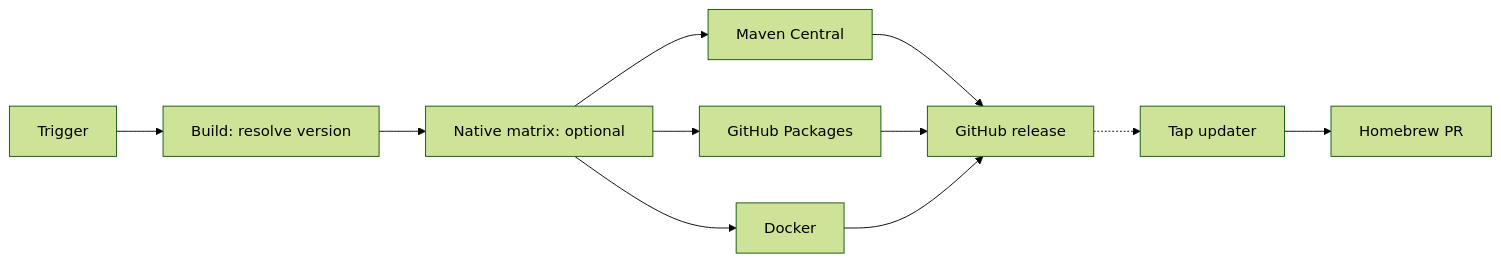
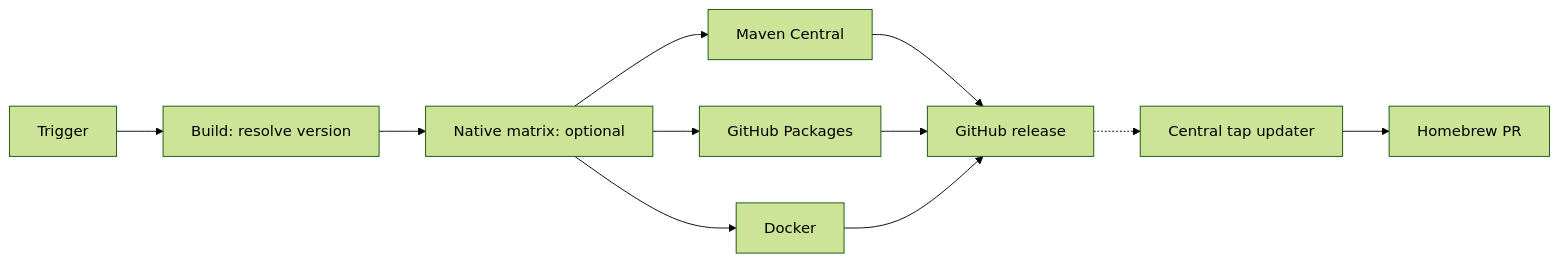
One commit to YunaBraska/YunaBraska changed the diagram in JAVA_CI_CD.md. Above: the diagram before and after it, drawn with Mermaid (forest theme). The commit also changed other lines of this file and 5 other files, not shown here.

````diff
--- a/JAVA_CI_CD.md
+++ b/JAVA_CI_CD.md
@@ -5,13 +5,13 @@
 ```mermaid
 flowchart LR
   A[Trigger] --> B[Build: resolve version]
   B --> N[Native matrix: optional]
   N --> D[Maven Central]
   N --> E[GitHub Packages]
   N --> H[Docker]
   D --> F[GitHub release]
   E --> F
   H --> F
-  F -.-> G[Tap updater]
+  F -.-> G[Central tap updater]
   G --> I[Homebrew PR]
 ```
````
